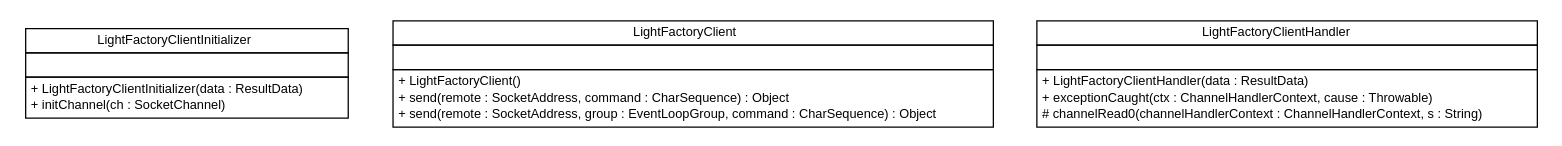
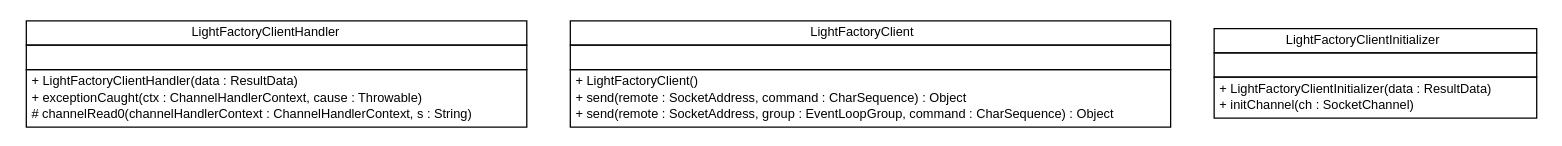
Before and after one commit to pcross616/lf-osc-proxy: the diagram in apidocs/com/xley/lfosc/lightfactory/client/com.xley.lfosc.lightfactory.client.dot, drawn with Graphviz. The commit also changed 344 other files, not shown here.

```diff
--- a/apidocs/com/xley/lfosc/lightfactory/client/com.xley.lfosc.lightfactory.client.dot
+++ b/apidocs/com/xley/lfosc/lightfactory/client/com.xley.lfosc.lightfactory.client.dot
@@ -1,53 +1,53 @@
 #!/usr/local/bin/dot
 #
 # Class diagram 
 # Generated by UMLGraph version R5_6 (http://www.umlgraph.org/)
 #
 
 digraph G {
 	edge [fontname="Helvetica",fontsize=10,labelfontname="Helvetica",labelfontsize=10];
 	node [fontname="Helvetica",fontsize=10,shape=plaintext];
 	nodesep=0.25;
 	ranksep=0.5;
-	// com.xley.lfosc.lightfactory.client.LightFactoryClientInitializer
-	c384 [label=<<table title="com.xley.lfosc.lightfactory.client.LightFactoryClientInitializer" border="0" cellborder="1" cellspacing="0" cellpadding="2" port="p" href="./LightFactoryClientInitializer.html">
+	// com.xley.lfosc.lightfactory.client.LightFactoryClientHandler
+	c172 [label=<<table title="com.xley.lfosc.lightfactory.client.LightFactoryClientHandler" border="0" cellborder="1" cellspacing="0" cellpadding="2" port="p" href="./LightFactoryClientHandler.html">
 		<tr><td><table border="0" cellspacing="0" cellpadding="1">
-<tr><td align="center" balign="center"> LightFactoryClientInitializer </td></tr>
+<tr><td align="center" balign="center"> LightFactoryClientHandler </td></tr>
 		</table></td></tr>
 		<tr><td><table border="0" cellspacing="0" cellpadding="1">
 <tr><td align="left" balign="left">  </td></tr>
 		</table></td></tr>
 		<tr><td><table border="0" cellspacing="0" cellpadding="1">
-<tr><td align="left" balign="left"> + LightFactoryClientInitializer(data : ResultData) </td></tr>
-<tr><td align="left" balign="left"> + initChannel(ch : SocketChannel) </td></tr>
+<tr><td align="left" balign="left"> + LightFactoryClientHandler(data : ResultData) </td></tr>
+<tr><td align="left" balign="left"> + exceptionCaught(ctx : ChannelHandlerContext, cause : Throwable) </td></tr>
+<tr><td align="left" balign="left"> # channelRead0(channelHandlerContext : ChannelHandlerContext, s : String) </td></tr>
 		</table></td></tr>
-		</table>>, URL="./LightFactoryClientInitializer.html", fontname="Helvetica", fontcolor="black", fontsize=10.0];
+		</table>>, URL="./LightFactoryClientHandler.html", fontname="Helvetica", fontcolor="black", fontsize=10.0];
 	// com.xley.lfosc.lightfactory.client.LightFactoryClient
-	c385 [label=<<table title="com.xley.lfosc.lightfactory.client.LightFactoryClient" border="0" cellborder="1" cellspacing="0" cellpadding="2" port="p" href="./LightFactoryClient.html">
+	c173 [label=<<table title="com.xley.lfosc.lightfactory.client.LightFactoryClient" border="0" cellborder="1" cellspacing="0" cellpadding="2" port="p" href="./LightFactoryClient.html">
 		<tr><td><table border="0" cellspacing="0" cellpadding="1">
 <tr><td align="center" balign="center"> LightFactoryClient </td></tr>
 		</table></td></tr>
 		<tr><td><table border="0" cellspacing="0" cellpadding="1">
 <tr><td align="left" balign="left">  </td></tr>
 		</table></td></tr>
 		<tr><td><table border="0" cellspacing="0" cellpadding="1">
 <tr><td align="left" balign="left"> + LightFactoryClient() </td></tr>
 <tr><td align="left" balign="left"> + send(remote : SocketAddress, command : CharSequence) : Object </td></tr>
 <tr><td align="left" balign="left"> + send(remote : SocketAddress, group : EventLoopGroup, command : CharSequence) : Object </td></tr>
 		</table></td></tr>
 		</table>>, URL="./LightFactoryClient.html", fontname="Helvetica", fontcolor="black", fontsize=10.0];
-	// com.xley.lfosc.lightfactory.client.LightFactoryClientHandler
-	c386 [label=<<table title="com.xley.lfosc.lightfactory.client.LightFactoryClientHandler" border="0" cellborder="1" cellspacing="0" cellpadding="2" port="p" href="./LightFactoryClientHandler.html">
+	// com.xley.lfosc.lightfactory.client.LightFactoryClientInitializer
+	c174 [label=<<table title="com.xley.lfosc.lightfactory.client.LightFactoryClientInitializer" border="0" cellborder="1" cellspacing="0" cellpadding="2" port="p" href="./LightFactoryClientInitializer.html">
 		<tr><td><table border="0" cellspacing="0" cellpadding="1">
-<tr><td align="center" balign="center"> LightFactoryClientHandler </td></tr>
+<tr><td align="center" balign="center"> LightFactoryClientInitializer </td></tr>
 		</table></td></tr>
 		<tr><td><table border="0" cellspacing="0" cellpadding="1">
 <tr><td align="left" balign="left">  </td></tr>
 		</table></td></tr>
 		<tr><td><table border="0" cellspacing="0" cellpadding="1">
-<tr><td align="left" balign="left"> + LightFactoryClientHandler(data : ResultData) </td></tr>
-<tr><td align="left" balign="left"> + exceptionCaught(ctx : ChannelHandlerContext, cause : Throwable) </td></tr>
-<tr><td align="left" balign="left"> # channelRead0(channelHandlerContext : ChannelHandlerContext, s : String) </td></tr>
+<tr><td align="left" balign="left"> + LightFactoryClientInitializer(data : ResultData) </td></tr>
+<tr><td align="left" balign="left"> + initChannel(ch : SocketChannel) </td></tr>
 		</table></td></tr>
-		</table>>, URL="./LightFactoryClientHandler.html", fontname="Helvetica", fontcolor="black", fontsize=10.0];
+		</table>>, URL="./LightFactoryClientInitializer.html", fontname="Helvetica", fontcolor="black", fontsize=10.0];
 }
```
